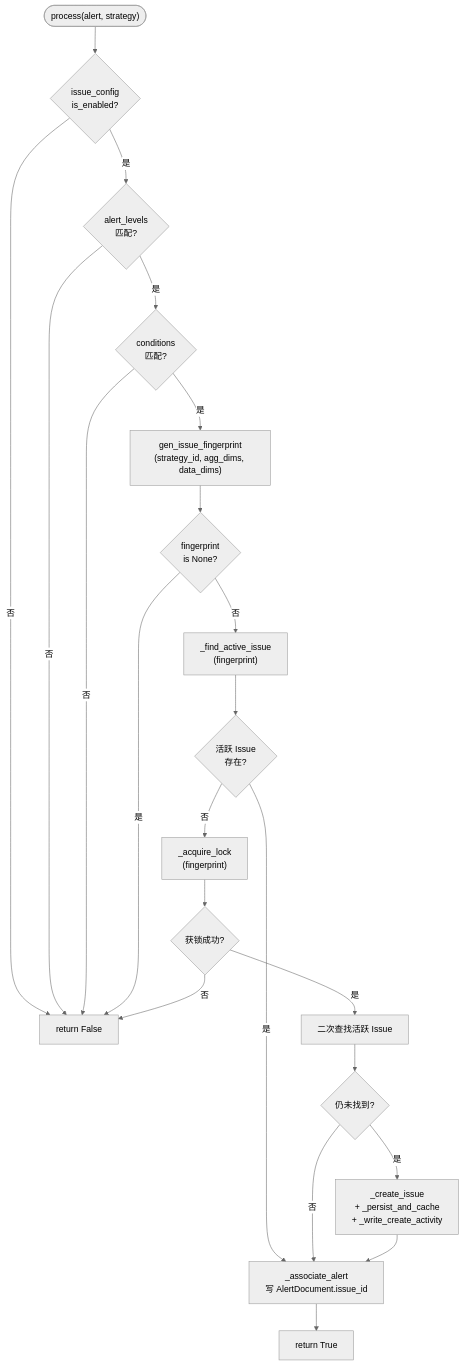
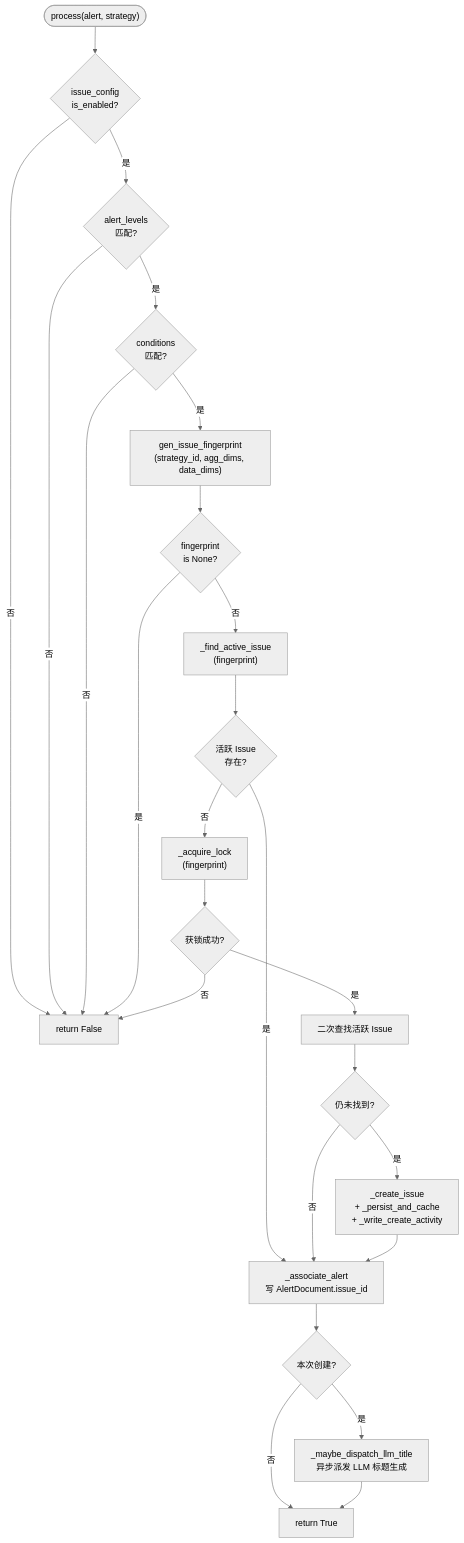
The first of 3 diagrams in wiki/告警系统设计/Issue功能/Issue 聚合引擎.md (HACK-WU/bk-monitor-wiki), drawn with Mermaid (neutral theme) before and after one commit. The commit also changed other lines of this file and 22 other files, not shown here.

````diff
--- a/wiki/告警系统设计/Issue功能/Issue 聚合引擎.md
+++ b/wiki/告警系统设计/Issue功能/Issue 聚合引擎.md
@@ -34,24 +35,27 @@
 ```mermaid
 flowchart TD
     Start(["process(alert, strategy)"]) --> CheckEnabled{"issue_config<br/>is_enabled?"}
     CheckEnabled --> |否| SkipEnd["return False"]
     CheckEnabled --> |是| CheckLevel{"alert_levels<br/>匹配?"}
     CheckLevel --> |否| SkipEnd
     CheckLevel --> |是| CheckConditions{"conditions<br/>匹配?"}
     CheckConditions --> |否| SkipEnd
     CheckConditions --> |是| CalcFingerprint["gen_issue_fingerprint<br/>(strategy_id, agg_dims, data_dims)"]
     CalcFingerprint --> CheckFP{"fingerprint<br/>is None?"}
     CheckFP --> |是| SkipEnd
     CheckFP --> |否| FindIssue["_find_active_issue<br/>(fingerprint)"]
     FindIssue --> IssueExists{"活跃 Issue<br/>存在?"}
     IssueExists --> |是| Associate["_associate_alert<br/>写 AlertDocument.issue_id"]
     IssueExists --> |否| AcquireLock["_acquire_lock<br/>(fingerprint)"]
     AcquireLock --> LockOK{"获锁成功?"}
     LockOK --> |否| SkipEnd
     LockOK --> |是| DoubleCheck["二次查找活跃 Issue"]
     DoubleCheck --> StillNone{"仍未找到?"}
     StillNone --> |是| CreateIssue["_create_issue<br/>+ _persist_and_cache<br/>+ _write_create_activity"]
     StillNone --> |否| Associate
     CreateIssue --> Associate
-    Associate --> ReturnTrue["return True"]
+    Associate --> DispatchLLM{"本次创建?"}
+    DispatchLLM --> |是| LLMTitle["_maybe_dispatch_llm_title<br/>异步派发 LLM 标题生成"]
+    DispatchLLM --> |否| ReturnTrue["return True"]
+    LLMTitle --> ReturnTrue
 ```
````
